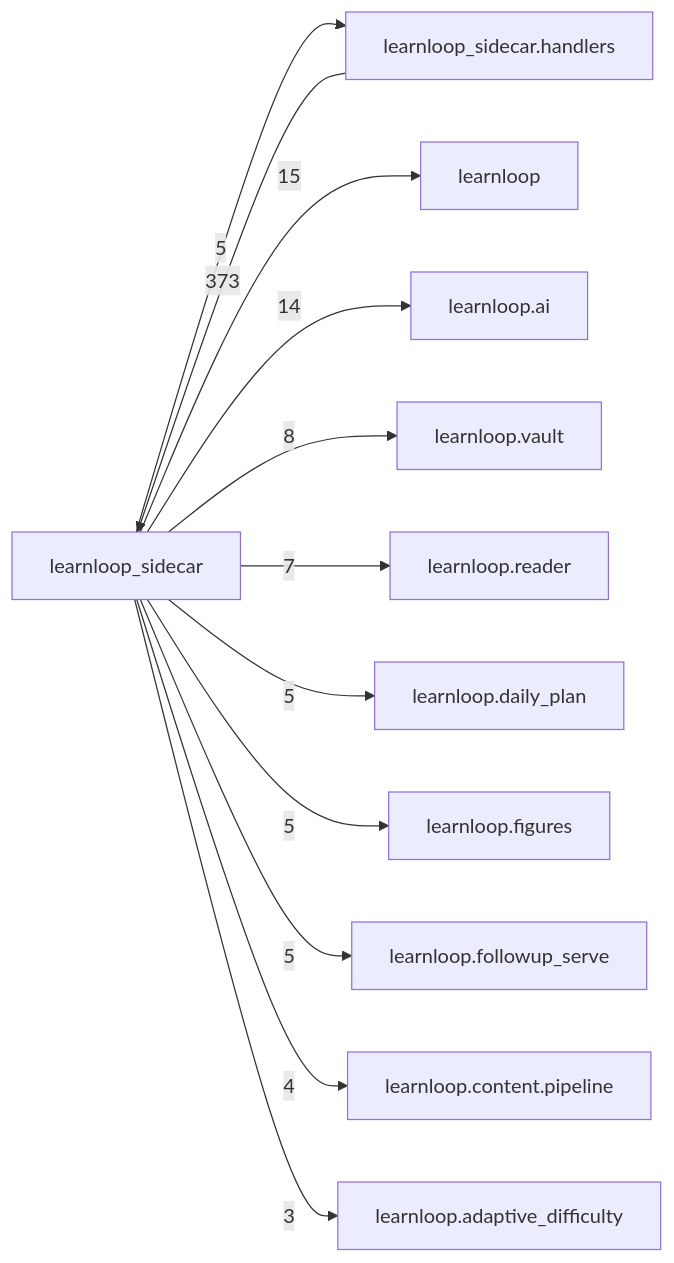
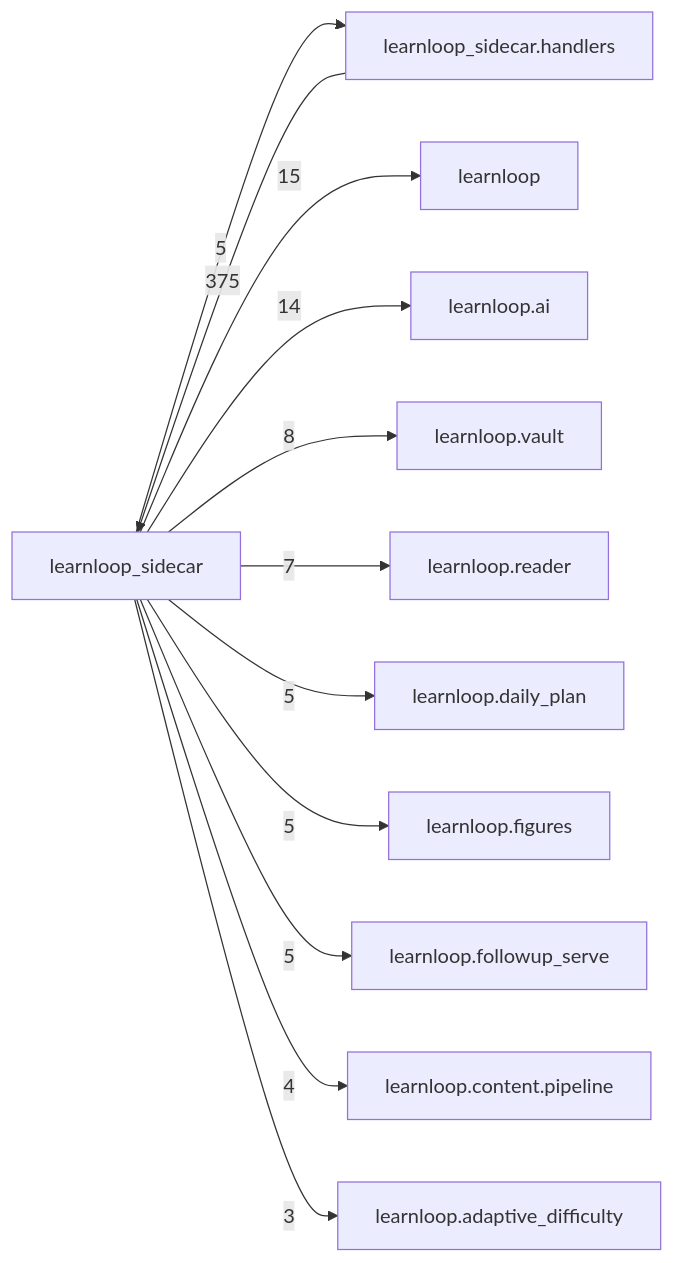
Before and after one commit to 6up-b/learnanything: the diagram in docs/learnloop-architecture-vault/Reference/Modules/learnloop_sidecar/_package.md, drawn with Mermaid. The commit also changed other lines of this file and 5 other files, not shown here.

````diff
--- a/docs/learnloop-architecture-vault/Reference/Modules/learnloop_sidecar/_package.md
+++ b/docs/learnloop-architecture-vault/Reference/Modules/learnloop_sidecar/_package.md
@@ -133,25 +133,25 @@
 ```mermaid
 flowchart LR
     center["learnloop_sidecar"]
     n_learnloop_sidecar_handlers["learnloop_sidecar.handlers"]
     n_learnloop["learnloop"]
     n_learnloop_ai["learnloop.ai"]
     n_learnloop_vault["learnloop.vault"]
     n_learnloop_reader["learnloop.reader"]
     n_learnloop_daily_plan["learnloop.daily_plan"]
     n_learnloop_figures["learnloop.figures"]
     n_learnloop_followup_serve["learnloop.followup_serve"]
     n_learnloop_content_pipeline["learnloop.content.pipeline"]
     n_learnloop_adaptive_difficulty["learnloop.adaptive_difficulty"]
-    n_learnloop_sidecar_handlers -->|373| center
+    n_learnloop_sidecar_handlers -->|375| center
     center -->|5| n_learnloop_sidecar_handlers
     center -->|15| n_learnloop
     center -->|14| n_learnloop_ai
     center -->|8| n_learnloop_vault
     center -->|7| n_learnloop_reader
     center -->|5| n_learnloop_daily_plan
     center -->|5| n_learnloop_figures
     center -->|5| n_learnloop_followup_serve
     center -->|4| n_learnloop_content_pipeline
     center -->|3| n_learnloop_adaptive_difficulty
 ```
````
